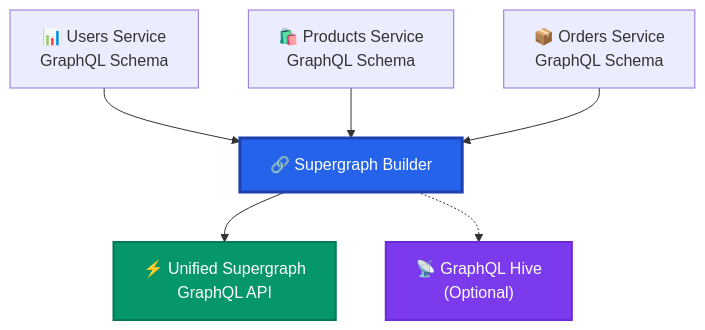
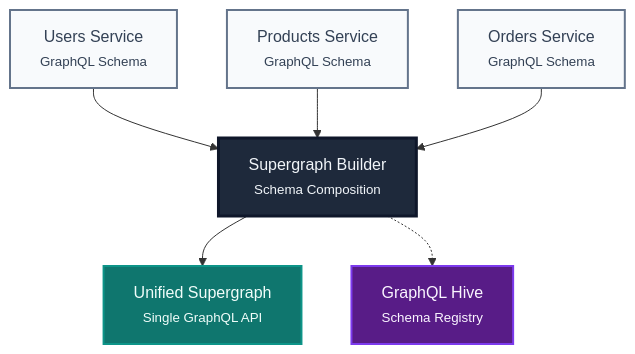
Before and after one commit to revisium/supergraph-builder: the diagram in README.md, drawn with Mermaid. The commit also changed other lines of this file, not shown here.

````diff
--- a/README.md
+++ b/README.md
@@ -5,19 +3,22 @@
 ```mermaid
 graph TD
-    A["📊 Users Service<br/>GraphQL Schema"] 
-    B["🛍️ Products Service<br/>GraphQL Schema"]
-    C["📦 Orders Service<br/>GraphQL Schema"]
+    A["Users Service<br/><small>GraphQL Schema</small>"] 
+    B["Products Service<br/><small>GraphQL Schema</small>"]
+    C["Orders Service<br/><small>GraphQL Schema</small>"]
     
-    A --> D["🔗 Supergraph Builder"]
+    A --> D["Supergraph Builder<br/><small>Schema Composition</small>"]
     B --> D
     C --> D
     
-    D --> E["⚡ Unified Supergraph<br/>GraphQL API"]
+    D --> E["Unified Supergraph<br/><small>Single GraphQL API</small>"]
     
-    F["📡 GraphQL Hive<br/>(Optional)"] 
+    F["GraphQL Hive<br/><small>Schema Registry</small>"] 
     D -.-> F
     
-    style D fill:#2563eb,stroke:#1e40af,stroke-width:3px,color:#fff
-    style E fill:#059669,stroke:#047857,stroke-width:2px,color:#fff
-    style F fill:#7c3aed,stroke:#6d28d9,stroke-width:2px,color:#fff
+    style A fill:#f8fafc,stroke:#64748b,stroke-width:2px,color:#334155
+    style B fill:#f8fafc,stroke:#64748b,stroke-width:2px,color:#334155
+    style C fill:#f8fafc,stroke:#64748b,stroke-width:2px,color:#334155
+    style D fill:#1e293b,stroke:#0f172a,stroke-width:3px,color:#f1f5f9
+    style E fill:#0f766e,stroke:#0d9488,stroke-width:2px,color:#f0fdfa
+    style F fill:#581c87,stroke:#7c3aed,stroke-width:2px,color:#faf5ff
 ```
````
